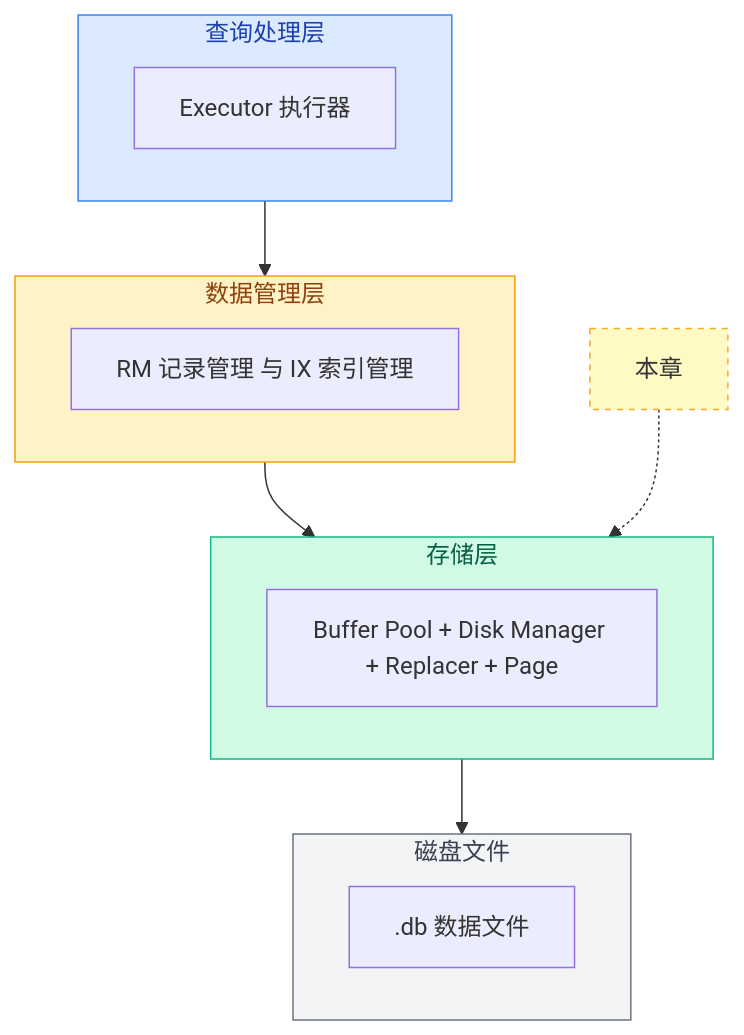
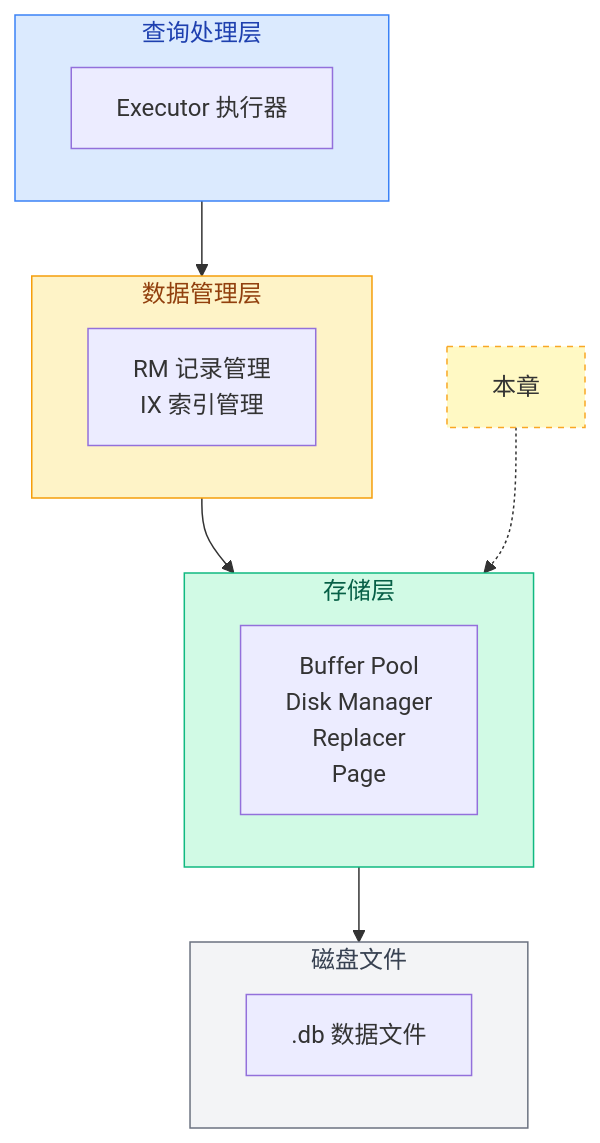
Before and after one commit to Dorian7Alden/RMDB-2024-Analyze: the diagram in my-analysis/01-storage-layer/README.md, drawn with Mermaid. The commit also changed 2 other files, not shown here.

Commit message:
格式微调：mermaid 方向调整、多行标签拆行、中文后空格修复

````diff
--- a/my-analysis/01-storage-layer/README.md
+++ b/my-analysis/01-storage-layer/README.md
@@ -37,27 +37,27 @@
 ```mermaid
 flowchart TD
     subgraph exec["查询处理层"]
         style exec fill:#dbeafe,stroke:#3b82f6,color:#1e40af
         A["Executor 执行器"]
     end
 
     subgraph data["数据管理层"]
         style data fill:#fef3c7,stroke:#f59e0b,color:#92400e
-        B["RM 记录管理 与 IX 索引管理"]
+        B["RM 记录管理 <br/> IX 索引管理"]
     end
 
     subgraph storage["存储层"]
         style storage fill:#d1fae5,stroke:#10b981,color:#065f46
-        C["Buffer Pool + Disk Manager + Replacer + Page"]
+        C["Buffer Pool <br/> Disk Manager <br/> Replacer <br/> Page"]
     end
 
     subgraph disk["磁盘文件"]
         style disk fill:#f3f4f6,stroke:#6b7280,color:#374151
         D[".db 数据文件"]
     end
 
     exec --> data --> storage --> disk
 
     note["本章"]:::sticky -.-> storage
     classDef sticky fill:#fff9c4,stroke:#f9a825,stroke-dasharray:4
 ```
````
